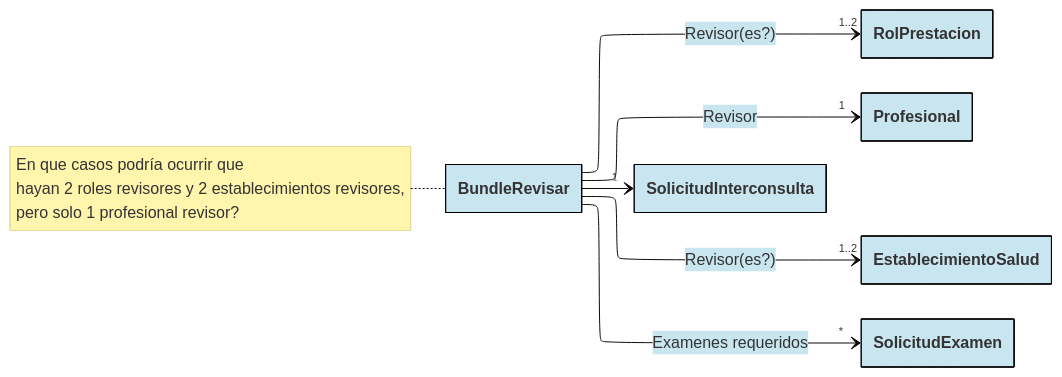
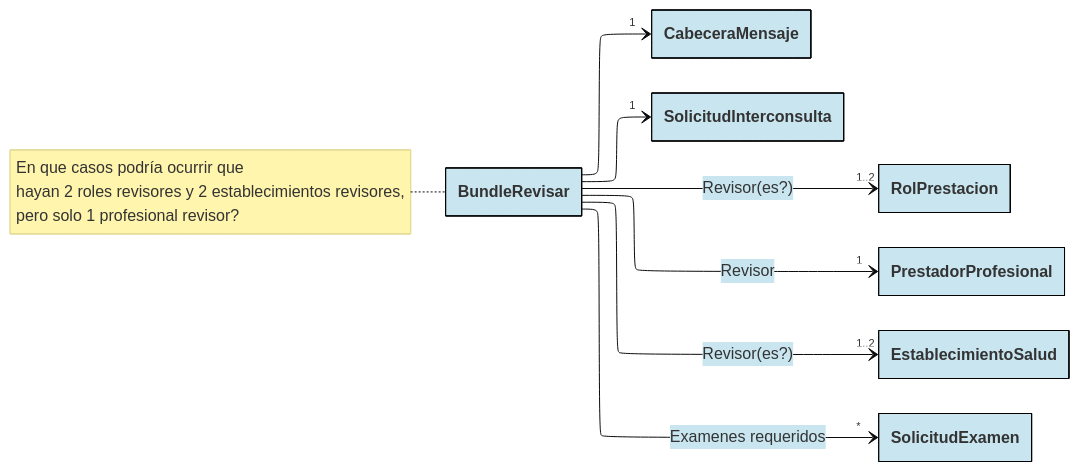
One commit to chris-f23/diagramas-fhir-tei changed the diagram in docs/bundles/3.BundleRevisar.mmd. Above: the diagram before and after it, drawn with Mermaid. The commit also changed 8 other files, not shown here.

```diff
--- a/docs/bundles/3.BundleRevisar.mmd
+++ b/docs/bundles/3.BundleRevisar.mmd
@@ -1,55 +1,56 @@
 ---
 config:
   layout: elk
   theme: base
   class:
     hideEmptyMembersBox: true
   themeVariables:
     primaryBorderColor: "#000000"
     primaryColor: "#C9E6F0"
 ---
 
 classDiagram
 direction LR
 
-
+BundleRevisar --> "1" CabeceraMensaje
+link CabeceraMensaje "https://github.com/chris-f23/diagramas-fhir-tei/blob/main/docs/CabeceraMensaje.mmd"
 
 BundleRevisar --> "1" SolicitudInterconsulta
 link SolicitudInterconsulta "https://github.com/chris-f23/diagramas-fhir-tei/blob/main/docs/SolicitudInterconsulta.mmd"
 
 BundleRevisar --> "1..2" RolPrestacion: Revisor(es?)
 link RolPrestacion "https://github.com/chris-f23/diagramas-fhir-tei/blob/main/docs/RolPrestacion.mmd"
 
-BundleRevisar --> "1" Profesional: Revisor
-link Profesional "https://github.com/chris-f23/diagramas-fhir-tei/blob/main/docs/Prestador.mmd"
+BundleRevisar --> "1" PrestadorProfesional: Revisor
+link PrestadorProfesional "https://github.com/chris-f23/diagramas-fhir-tei/blob/main/docs/Prestador.mmd"
 
 BundleRevisar --> "1..2" EstablecimientoSalud: Revisor(es?)
 link EstablecimientoSalud "https://github.com/chris-f23/diagramas-fhir-tei/blob/main/docs/EstablecimientoSalud.mmd"
 
 BundleRevisar --> "*" SolicitudExamen: Examenes requeridos
 link SolicitudExamen "https://github.com/chris-f23/diagramas-fhir-tei/blob/main/docs/SolicitudExamen.mmd"
 note for BundleRevisar "En que casos podría ocurrir que
 hayan 2 roles revisores y 2 establecimientos revisores,
 pero solo 1 profesional revisor?"
 
 %% RolPrestacion ..> "1" EstablecimientoSalud
-%% RolPrestacion ..> "1" Profesional
+%% RolPrestacion ..> "1" PrestadorProfesional
 
 %% SolicitudInterconsulta ..> "1" Paciente: Subject
 %% SolicitudInterconsulta ..> "0..1" AtencionInicial: Encounter
 %% SolicitudInterconsulta ..> "0..1" RolPrestacion: Requester
 
 
 %% AtencionInicial ..> "1" Paciente: Subject
 %% AtencionInicial ..> "1" CondicionDiagnostico: Diagnostico de inicio
 
 
 
 %% SolicitudInterconsulta ..> "0..1" CondicionDiagnostico: Diagnostico de inicio
 %% SolicitudInterconsulta ..> "*" AlergiaOIntolerancia: Alergias
 %% SolicitudInterconsulta ..> "0..1" Observacion: Indice de comorbilidad
 %% SolicitudInterconsulta ..> "0..1" Observacion: Es cuidador
 %% SolicitudInterconsulta ..> "0..1" Observacion: Tiene discapacidad
 %% SolicitudInterconsulta ..> "0..1" MotivoDerivacion: Motivo de derivación
 %% SolicitudInterconsulta ..> "*" SolicitudExamen: Solicitudes de examenes
 %% SolicitudInterconsulta ..> "*" Observacion: Resultados de examenes
```
